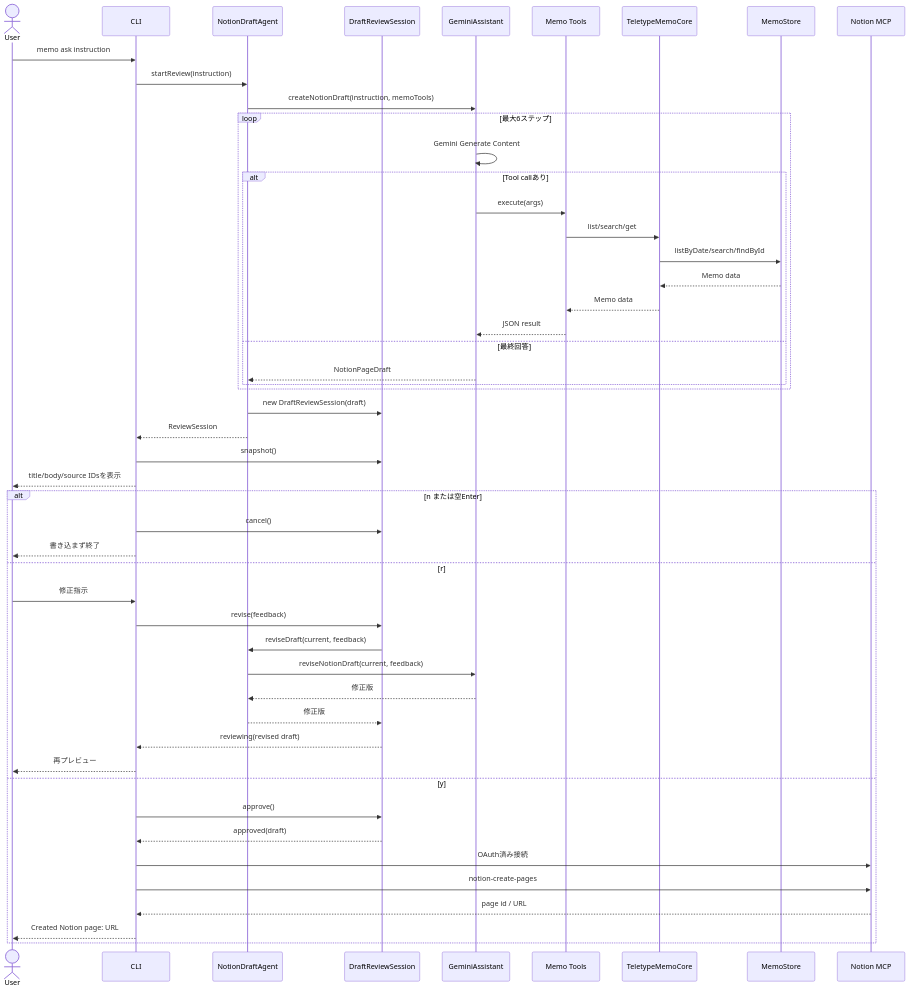
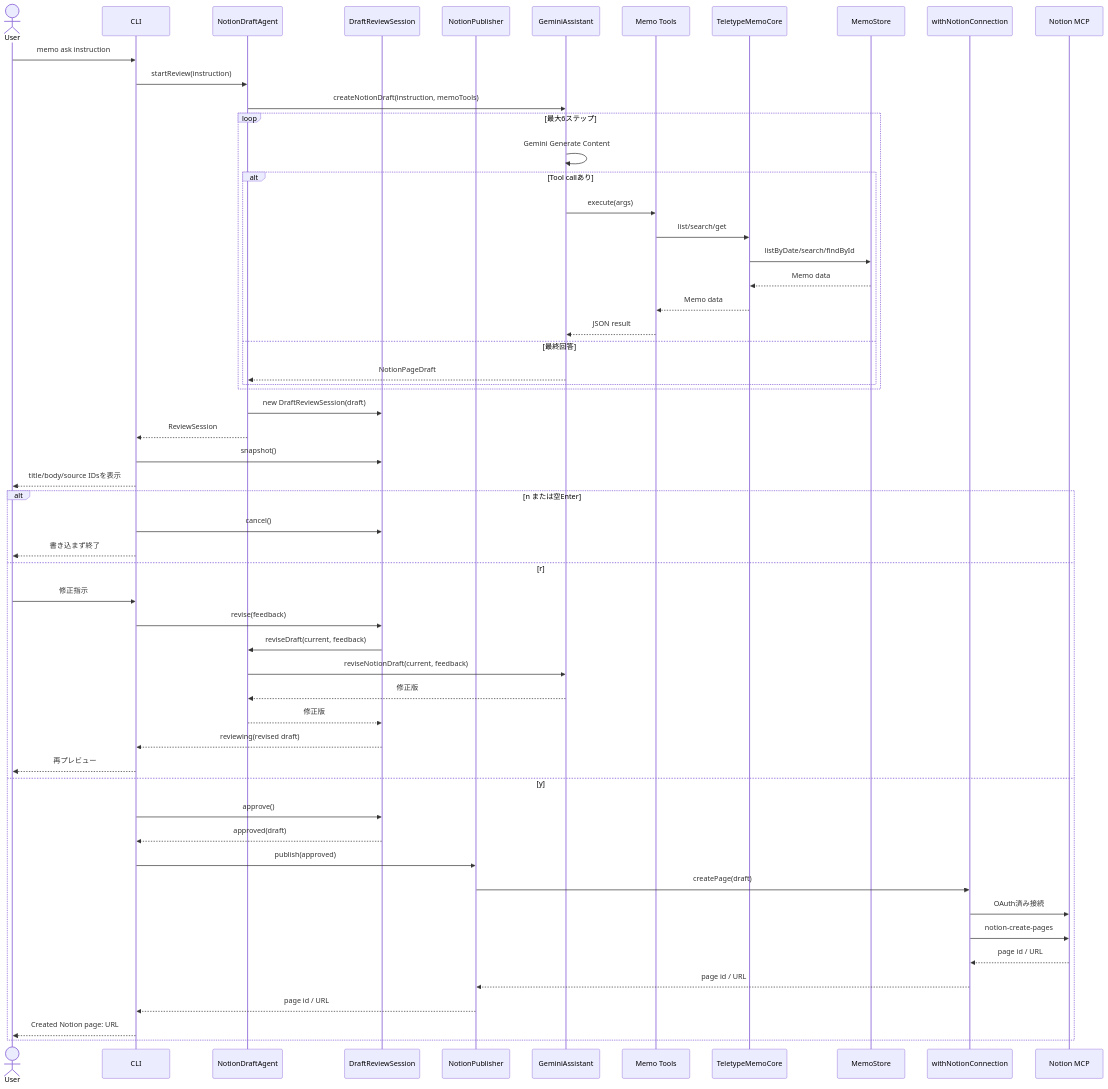
One commit to hk206/terminal-ai-memo changed the third of 4 diagrams in docs/DETAILED_DESIGN.md. Above: the diagram before and after it, drawn with Mermaid. The commit also changed other lines of this file and 8 other files, not shown here.

````diff
--- a/docs/DETAILED_DESIGN.md
+++ b/docs/DETAILED_DESIGN.md
@@ -244,53 +253,59 @@
 ```mermaid
 sequenceDiagram
     actor U as User
     participant C as CLI
     participant A as NotionDraftAgent
     participant R as DraftReviewSession
+    participant P as NotionPublisher
     participant G as GeminiAssistant
     participant T as Memo Tools
     participant Core as TeletypeMemoCore
     participant S as MemoStore
+    participant W as withNotionConnection
     participant M as Notion MCP
 
     U->>C: memo ask instruction
     C->>A: startReview(instruction)
     A->>G: createNotionDraft(instruction, memoTools)
     loop 最大6ステップ
         G->>G: Gemini Generate Content
         alt Tool callあり
             G->>T: execute(args)
             T->>Core: list/search/get
             Core->>S: listByDate/search/findById
             S-->>Core: Memo data
             Core-->>T: Memo data
             T-->>G: JSON result
         else 最終回答
             G-->>A: NotionPageDraft
         end
     end
     A->>R: new DraftReviewSession(draft)
     A-->>C: ReviewSession
     C->>R: snapshot()
     C-->>U: title/body/source IDsを表示
     alt n または空Enter
         C->>R: cancel()
         C-->>U: 書き込まず終了
     else r
         U->>C: 修正指示
         C->>R: revise(feedback)
         R->>A: reviseDraft(current, feedback)
         A->>G: reviseNotionDraft(current, feedback)
         G-->>A: 修正版
         A-->>R: 修正版
         R-->>C: reviewing(revised draft)
         C-->>U: 再プレビュー
     else y
         C->>R: approve()
         R-->>C: approved(draft)
-        C->>M: OAuth済み接続
-        C->>M: notion-create-pages
-        M-->>C: page id / URL
+        C->>P: publish(approved)
+        P->>W: createPage(draft)
+        W->>M: OAuth済み接続
+        W->>M: notion-create-pages
+        M-->>W: page id / URL
+        W-->>P: page id / URL
+        P-->>C: page id / URL
         C-->>U: Created Notion page: URL
     end
 ```
````
